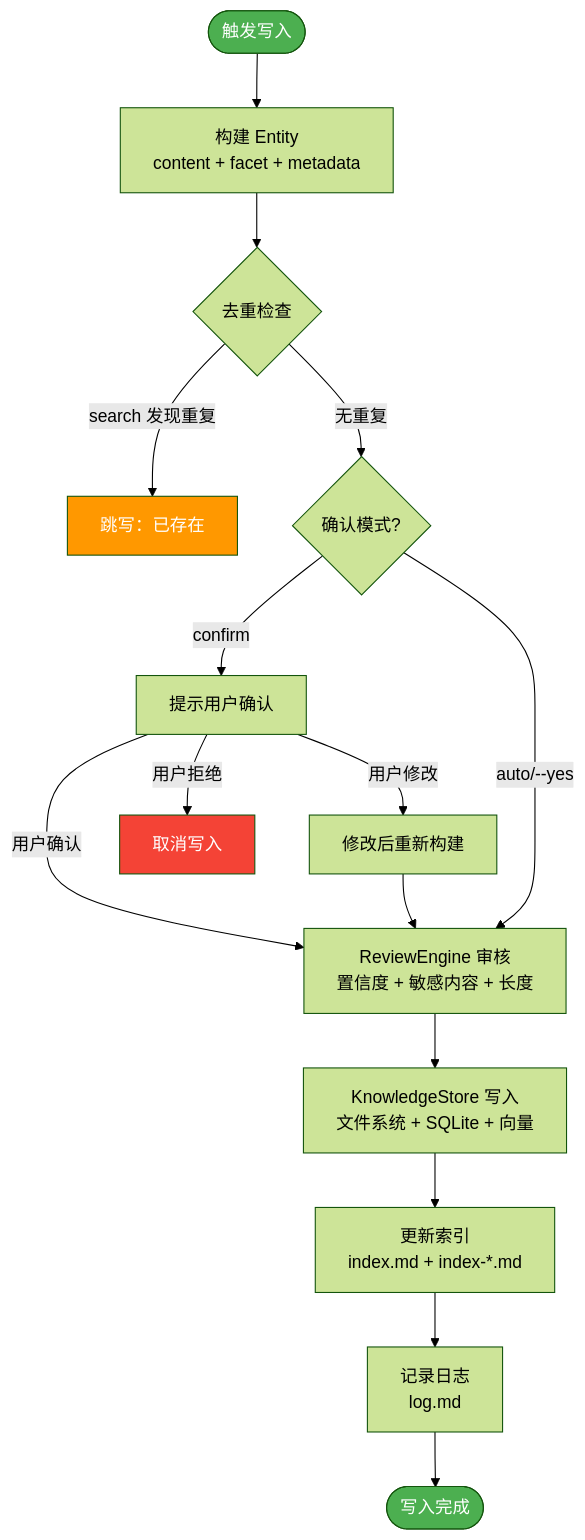
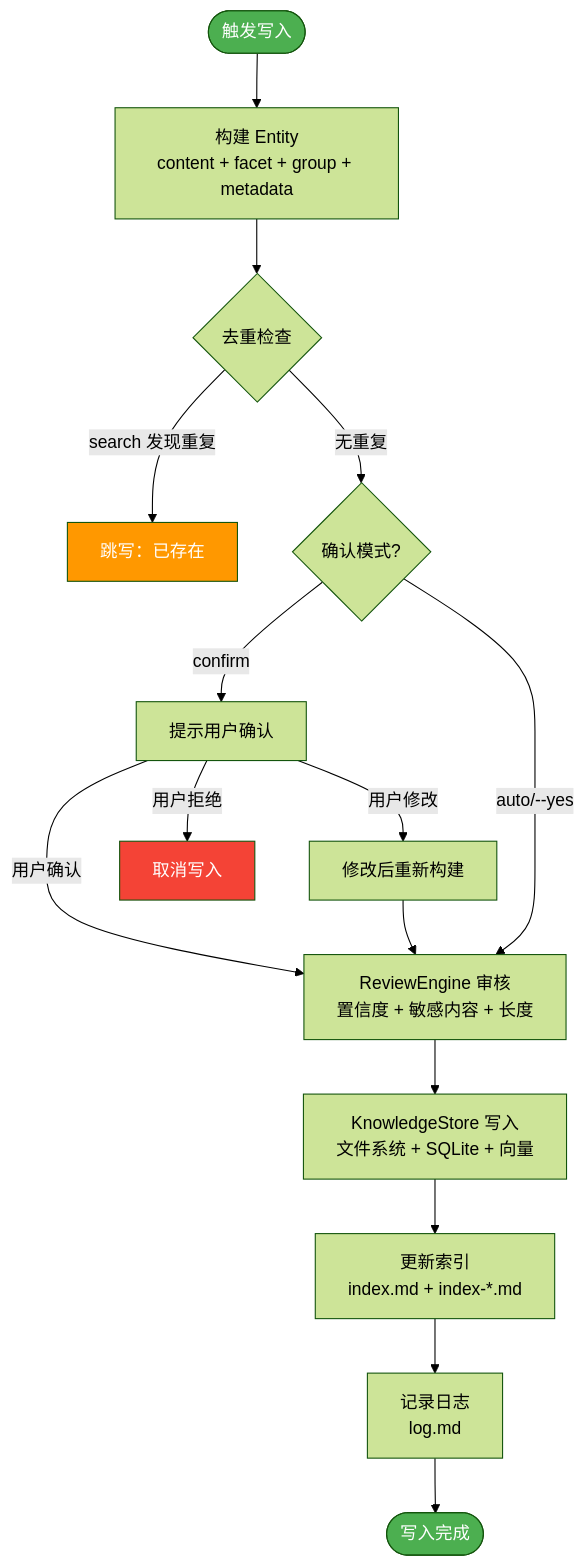
The second of 2 diagrams in docs/knowledge/design/03-write-path.md (xinovate/linglong-knowledge), drawn with Mermaid (forest theme) before and after one commit. The commit also changed other lines of this file and 31 other files, not shown here.

First line of the commit message:
refactor(knowledge): facet 重分类 7→6 + Entity.group 子目录

````diff
--- a/docs/knowledge/design/03-write-path.md
+++ b/docs/knowledge/design/03-write-path.md
@@ -146,29 +146,29 @@
 ```mermaid
 flowchart TD
-    Start([触发写入]) --> Build["构建 Entity<br/>content + facet + metadata"]
+    Start([触发写入]) --> Build["构建 Entity<br/>content + facet + group + metadata"]
 
     Build --> Check{去重检查}
     Check -->|search 发现重复| Skip["跳写：已存在"]
     Check -->|无重复| Confirm{确认模式?}
 
     Confirm -->|confirm| Ask["提示用户确认"]
     Confirm -->|auto/--yes| Review
 
     Ask -->|用户确认| Review
     Ask -->|用户拒绝| Cancel["取消写入"]
     Ask -->|用户修改| Modify["修改后重新构建"]
 
     Modify --> Review
 
     Review["ReviewEngine 审核<br/>置信度 + 敏感内容 + 长度"]
     Review --> Store["KnowledgeStore 写入<br/>文件系统 + SQLite + 向量"]
 
     Store --> Index["更新索引<br/>index.md + index-*.md"]
     Index --> Log["记录日志<br/>log.md"]
     Log --> Done([写入完成])
 
     style Start fill:#4CAF50,color:#fff
     style Done fill:#4CAF50,color:#fff
     style Skip fill:#FF9800,color:#fff
     style Cancel fill:#F44336,color:#fff
 ```
````
